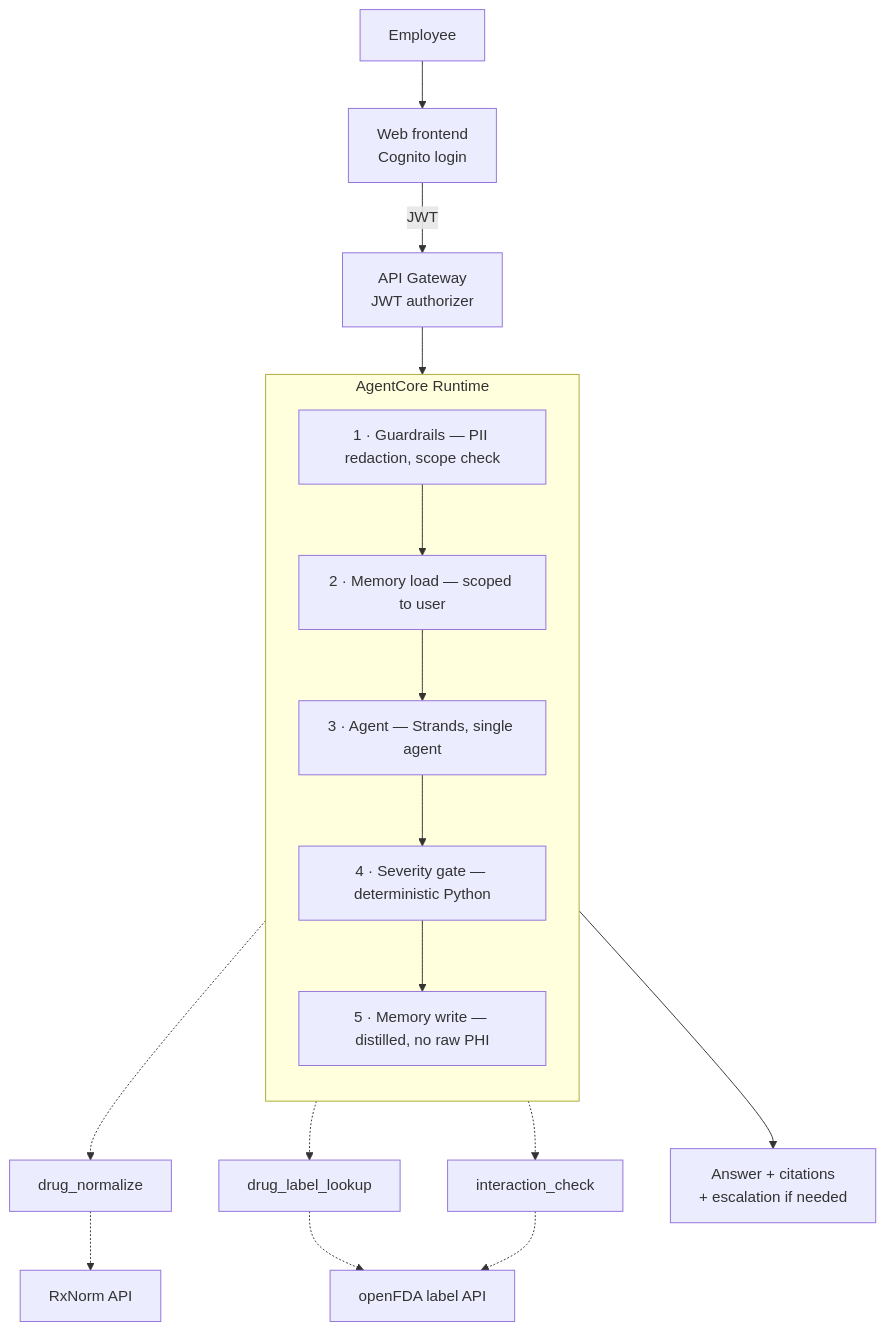
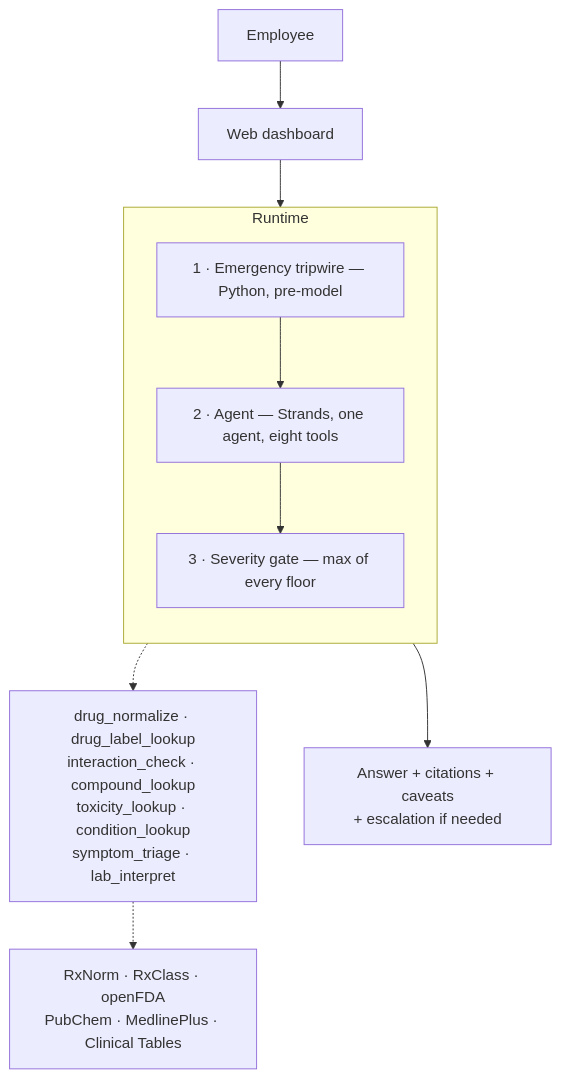
One commit to KaarthikMS/drugagent changed the diagram in README.md. Above: the diagram before and after it, drawn with Mermaid. The commit also changed other lines of this file and 35 other files, not shown here.

First line of the commit message:
feat: working prototype -- tools, agent, pipeline and dashboard

````diff
--- a/README.md
+++ b/README.md
@@ -42,26 +51,19 @@
 ```mermaid
 flowchart TD
-    U["Employee"] --> FE["Web frontend<br/>Cognito login"]
-    FE -->|JWT| GW["API Gateway<br/>JWT authorizer"]
-    GW --> G1
+    U["Employee"] --> FE["Web dashboard"]
+    FE --> TW
 
-    subgraph RT["AgentCore Runtime"]
+    subgraph RT["Runtime"]
         direction TB
-        G1["1 · Guardrails — PII redaction, scope check"]
-        M1["2 · Memory load — scoped to user"]
-        AG["3 · Agent — Strands, single agent"]
-        SEV["4 · Severity gate — deterministic Python"]
-        M2["5 · Memory write — distilled, no raw PHI"]
-        G1 --> M1 --> AG --> SEV --> M2
+        TW["1 · Emergency tripwire — Python, pre-model"]
+        AG["2 · Agent — Strands, one agent, eight tools"]
+        SEV["3 · Severity gate — max of every floor"]
+        TW --> AG --> SEV
     end
 
-    AG -.-> T1["drug_normalize"]
-    AG -.-> T2["drug_label_lookup"]
-    AG -.-> T3["interaction_check"]
+    AG -.-> T["drug_normalize · drug_label_lookup<br/>interaction_check · compound_lookup<br/>toxicity_lookup · condition_lookup<br/>symptom_triage · lab_interpret"]
 
-    T1 -.-> RX["RxNorm API"]
-    T2 -.-> FDA["openFDA label API"]
-    T3 -.-> FDA
+    T -.-> EXT["RxNorm · RxClass · openFDA<br/>PubChem · MedlinePlus · Clinical Tables"]
 
-    M2 --> RESP["Answer + citations<br/>+ escalation if needed"]
+    SEV --> RESP["Answer + citations + caveats<br/>+ escalation if needed"]
 ```
````
